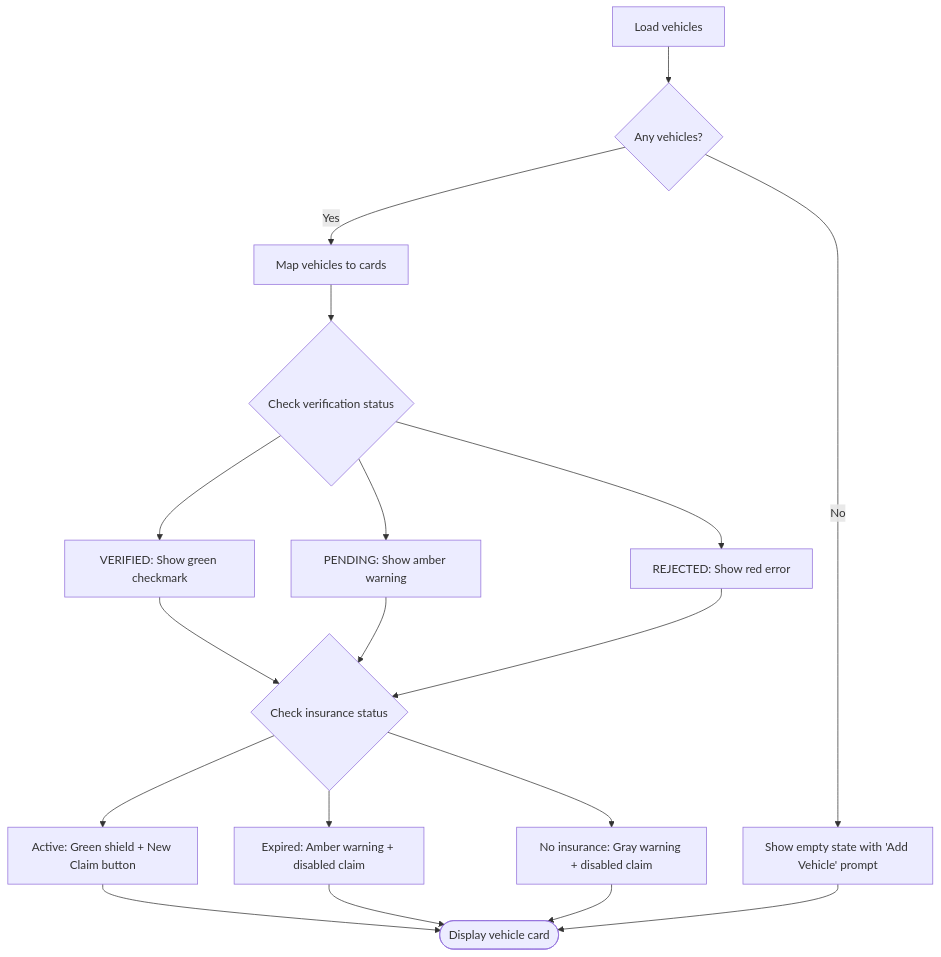
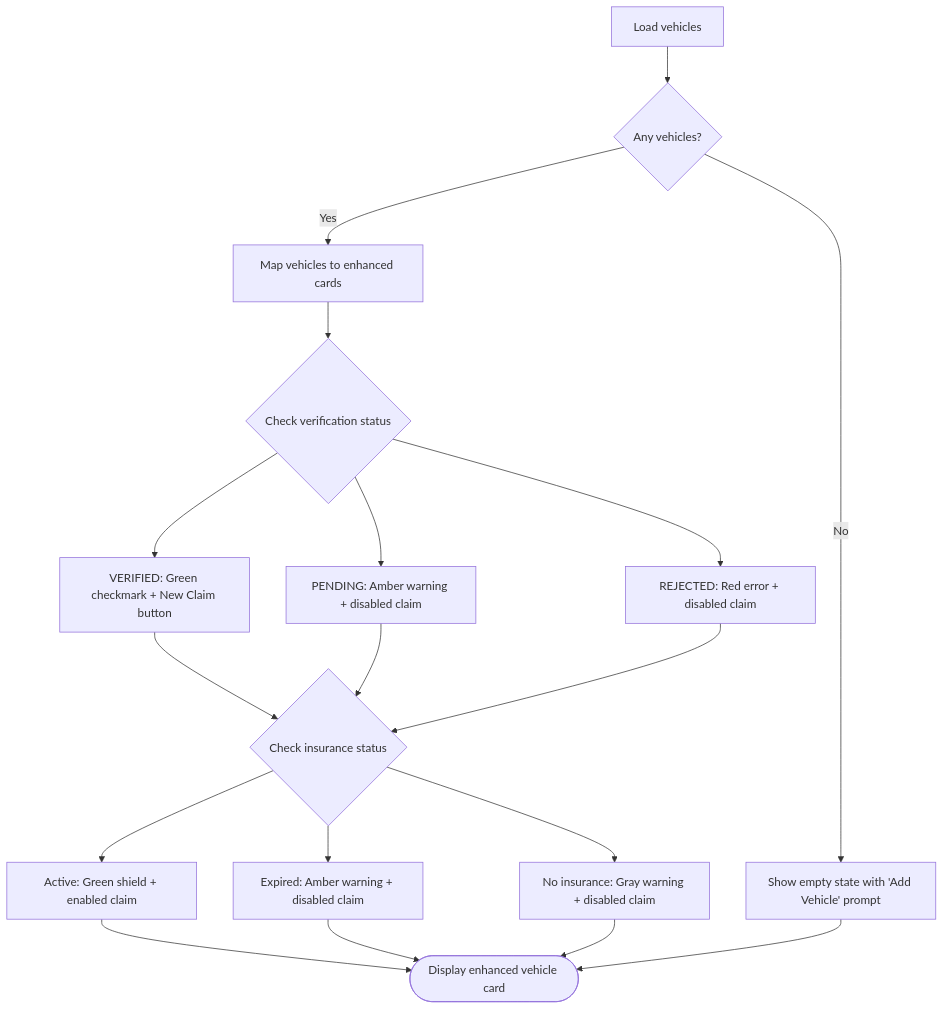
The fifth of 7 diagrams in .qoder/repowiki/en/content/Frontend Documentation/Pages and Views/User Pages/Dashboard Page.md (NaveenHiranya/Smart-Vehicle-Insurance-Claim-System), drawn with Mermaid before and after one commit. The commit also changed other lines of this file and 31 other files, not shown here.

````diff
--- a/.qoder/repowiki/en/content/Frontend Documentation/Pages and Views/User Pages/Dashboard Page.md
+++ b/.qoder/repowiki/en/content/Frontend Documentation/Pages and Views/User Pages/Dashboard Page.md
@@ -178,20 +224,20 @@
 ```mermaid
 flowchart TD
 LoadVehicles["Load vehicles"] --> HasVehicles{"Any vehicles?"}
 HasVehicles --> |No| EmptyState["Show empty state with 'Add Vehicle' prompt"]
-HasVehicles --> |Yes| MapVehicles["Map vehicles to cards"]
+HasVehicles --> |Yes| MapVehicles["Map vehicles to enhanced cards"]
 MapVehicles --> CheckVerification{"Check verification status"}
-CheckVerification --> Verified["VERIFIED: Show green checkmark"]
-CheckVerification --> Pending["PENDING: Show amber warning"]
-CheckVerification --> Rejected["REJECTED: Show red error"]
+CheckVerification --> Verified["VERIFIED: Green checkmark + New Claim button"]
+CheckVerification --> Pending["PENDING: Amber warning + disabled claim"]
+CheckVerification --> Rejected["REJECTED: Red error + disabled claim"]
 Verified --> CheckInsurance{"Check insurance status"}
 Pending --> CheckInsurance
 Rejected --> CheckInsurance
-CheckInsurance --> Active["Active: Green shield + New Claim button"]
+CheckInsurance --> Active["Active: Green shield + enabled claim"]
 CheckInsurance --> Expired["Expired: Amber warning + disabled claim"]
 CheckInsurance --> None["No insurance: Gray warning + disabled claim"]
-Active --> End(["Display vehicle card"])
+Active --> End(["Display enhanced vehicle card"])
 Expired --> End
 None --> End
 EmptyState --> End
 ```
````
